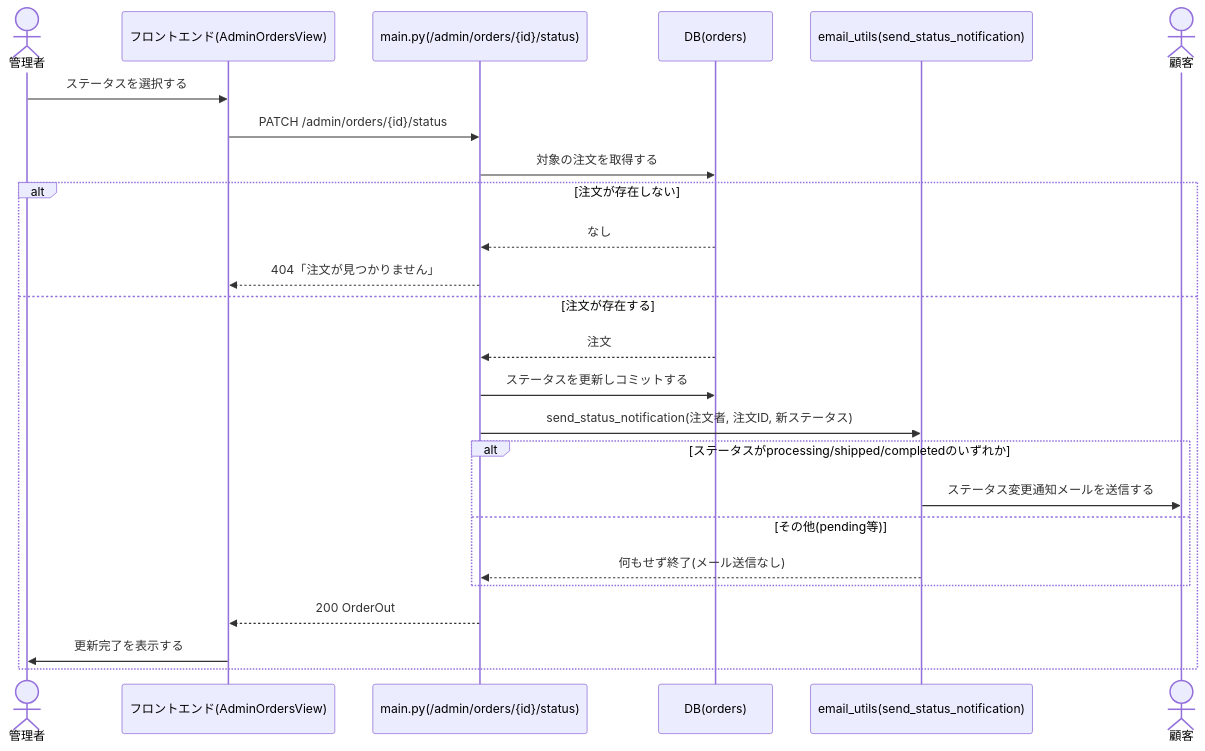
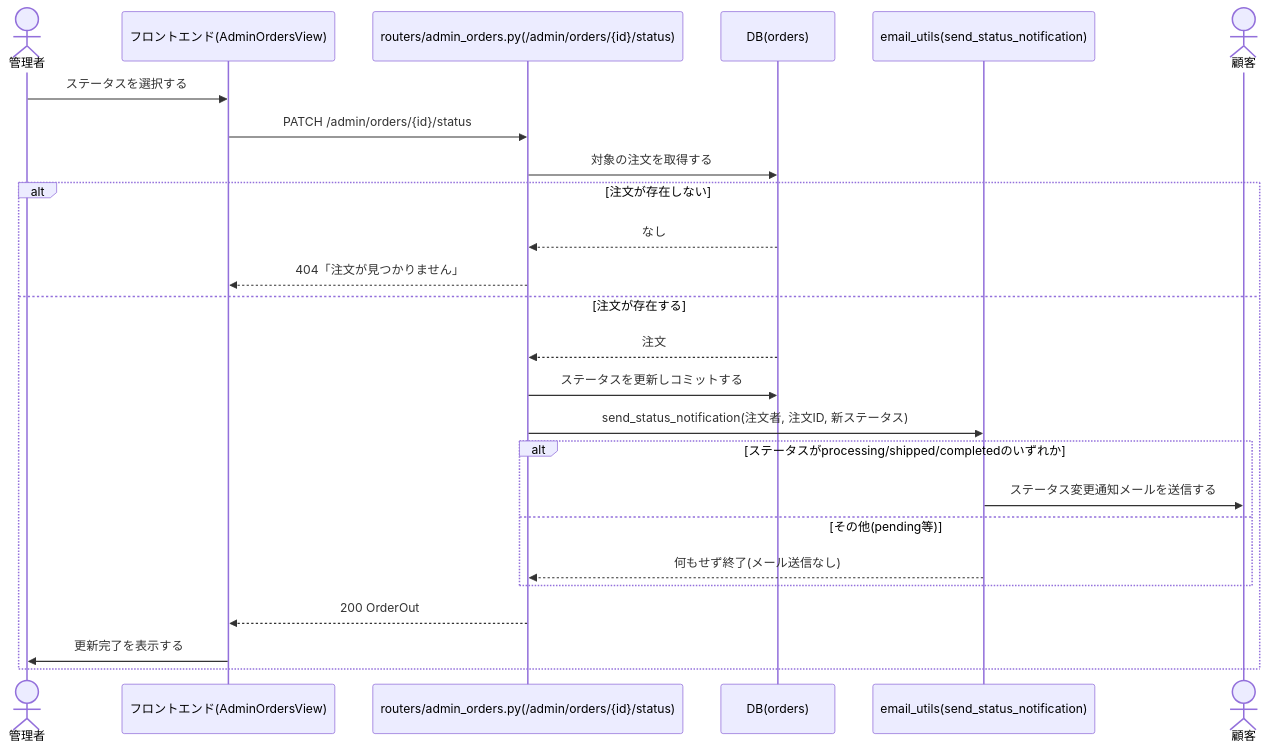
One commit to KokiNakano2nd/ec2site changed the fourth of 12 diagrams in docs/deliverables/internal_design/03_sequence_diagram.md. Above: the diagram before and after it, drawn with Mermaid. The commit also changed other lines of this file and 1 other file, not shown here.

````diff
--- a/docs/deliverables/internal_design/03_sequence_diagram.md
+++ b/docs/deliverables/internal_design/03_sequence_diagram.md
@@ -148,28 +154,28 @@
 ```mermaid
 sequenceDiagram
     actor 管理者
     participant Frontend as フロントエンド(AdminOrdersView)
-    participant API as main.py(/admin/orders/{id}/status)
+    participant API as routers/admin_orders.py(/admin/orders/{id}/status)
     participant DB as DB(orders)
     participant Mail as email_utils(send_status_notification)
     actor 顧客
 
     管理者->>Frontend: ステータスを選択する
     Frontend->>API: PATCH /admin/orders/{id}/status
     API->>DB: 対象の注文を取得する
     alt 注文が存在しない
         DB-->>API: なし
         API-->>Frontend: 404「注文が見つかりません」
     else 注文が存在する
         DB-->>API: 注文
         API->>DB: ステータスを更新しコミットする
         API->>Mail: send_status_notification(注文者, 注文ID, 新ステータス)
         alt ステータスがprocessing/shipped/completedのいずれか
             Mail->>顧客: ステータス変更通知メールを送信する
         else その他(pending等)
             Mail-->>API: 何もせず終了(メール送信なし)
         end
         API-->>Frontend: 200 OrderOut
         Frontend->>管理者: 更新完了を表示する
     end
 ```
````
